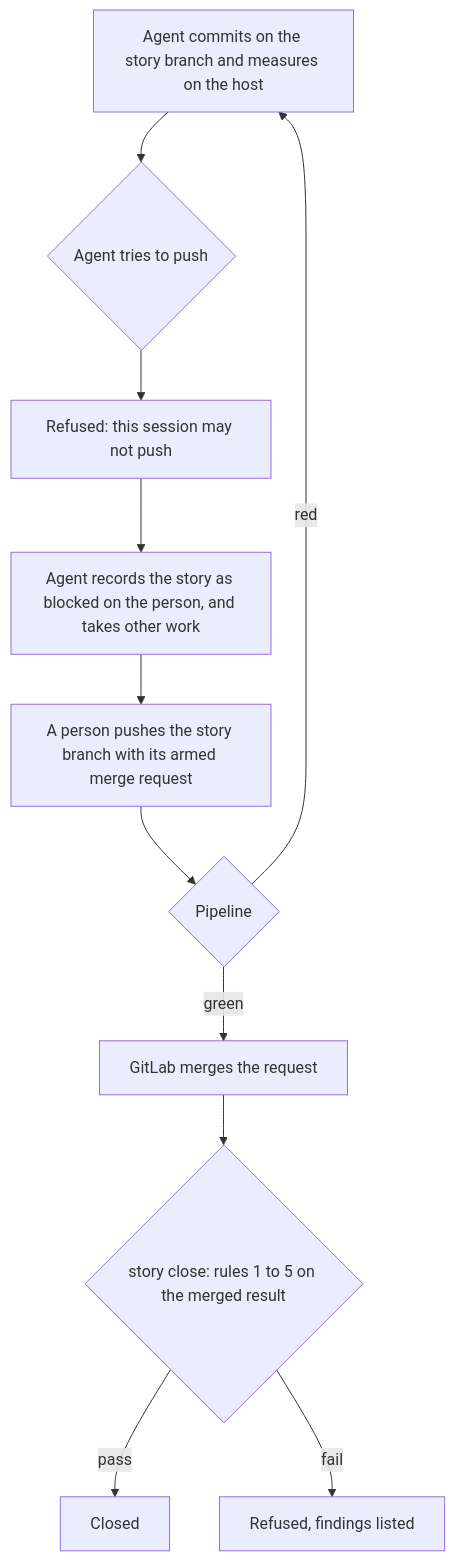
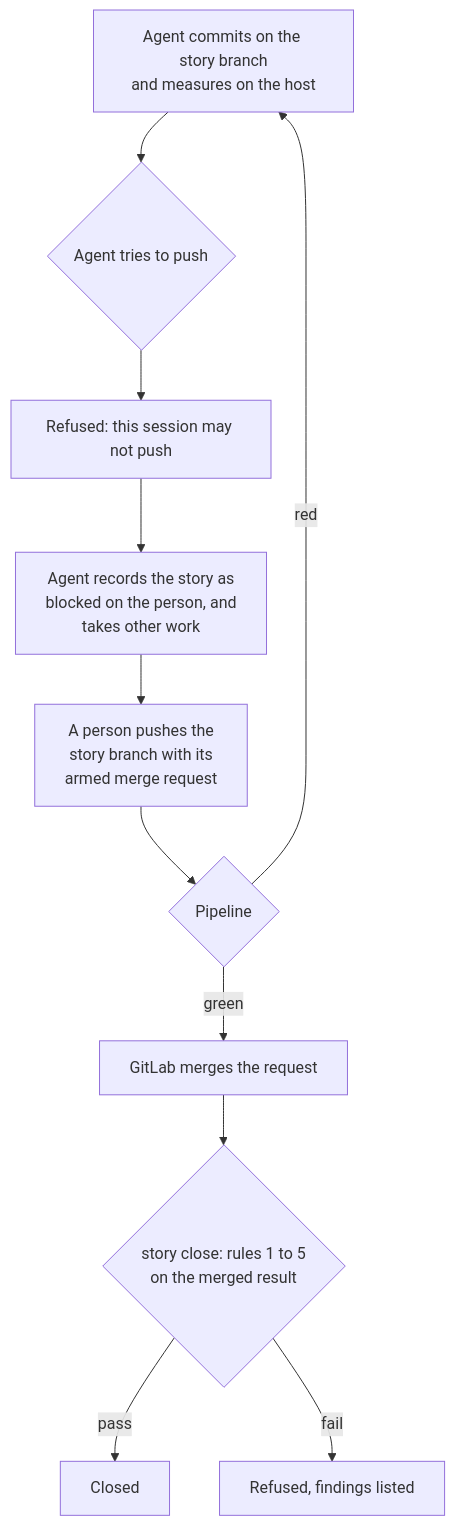
The diagram in docs/WORKFLOW_SCENARIO_2.md (DogmaSolutions/Kyklos), drawn with Mermaid before and after one commit. The commit also changed 38 other files, not shown here.

````diff
--- a/docs/WORKFLOW_SCENARIO_2.md
+++ b/docs/WORKFLOW_SCENARIO_2.md
@@ -32,13 +32,13 @@
 ```mermaid
 flowchart TD
-    C["Agent commits on the story branch and measures on the host"] --> P{"Agent tries to push"}
+    C["Agent commits on the story branch<br/>and measures on the host"] --> P{"Agent tries to push"}
     P --> X1["Refused: this session may not push"]
-    X1 --> B["Agent records the story as blocked on the person, and takes other work"]
-    B --> H["A person pushes the story branch with its armed merge request"]
+    X1 --> B["Agent records the story as<br/>blocked on the person, and<br/>takes other work"]
+    B --> H["A person pushes the<br/>story branch with its<br/>armed merge request"]
     H --> PL{"Pipeline"}
     PL -->|"red"| C
     PL -->|"green"| M["GitLab merges the request"]
-    M --> CL{"story close: rules 1 to 5 on the merged result"}
+    M --> CL{"story close: rules 1 to 5<br/>on the merged result"}
     CL -->|"pass"| D["Closed"]
     CL -->|"fail"| X2["Refused, findings listed"]
 ```
````
